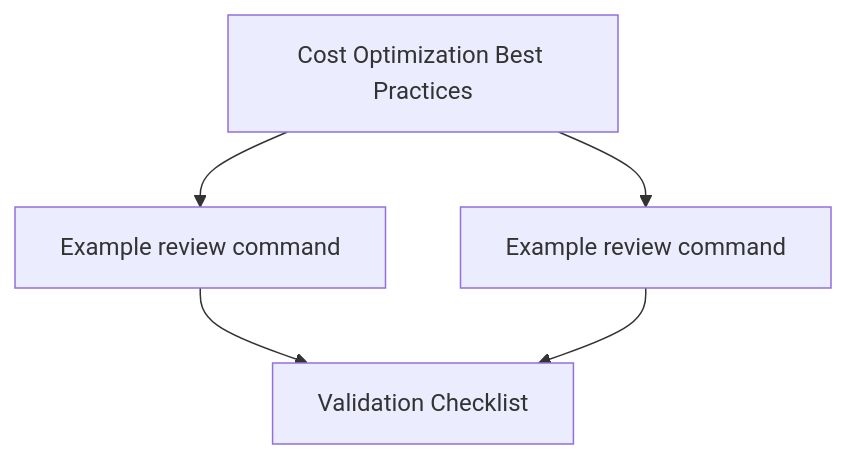
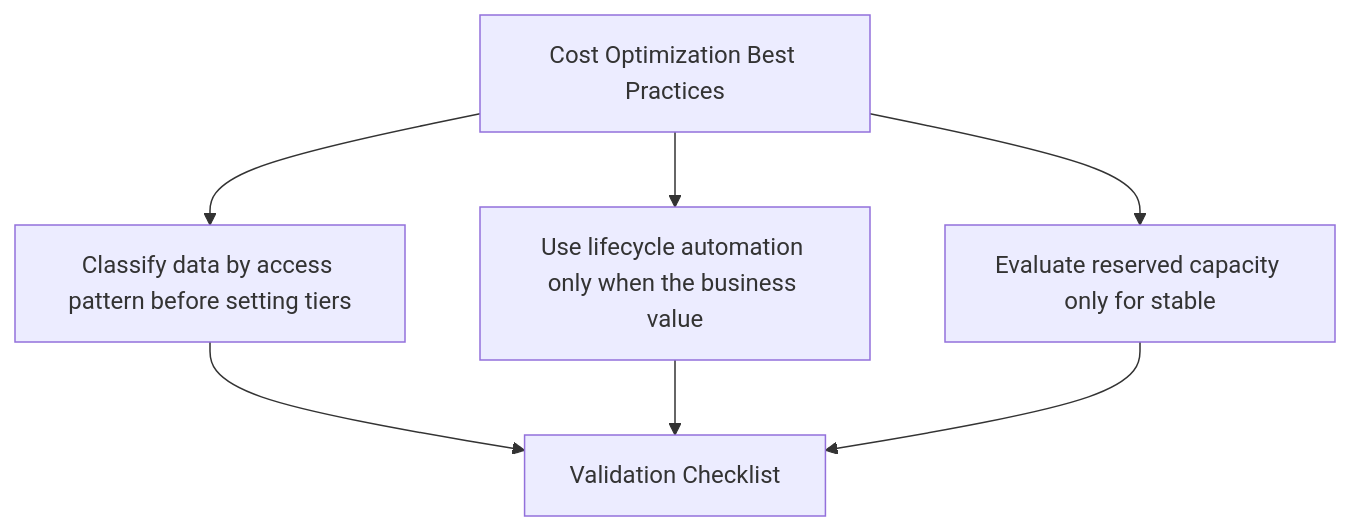
The diagram in docs/best-practices/cost-optimization-best-practices.md (yeongseon/azure-storage-practical-guide), drawn with Mermaid before and after one commit. The commit also changed 9 other files, not shown here.

Commit message:
fix: rebuild remaining BP diagrams from practice bullets with label shortening

````diff
--- a/docs/best-practices/cost-optimization-best-practices.md
+++ b/docs/best-practices/cost-optimization-best-practices.md
@@ -29,11 +29,14 @@
 ```mermaid
 flowchart TD
     T["Cost Optimization Best Practices"]
-    P1["Example review command"]
+    P1["Classify data by access pattern before setting tiers"]
     T --> P1
-    P2["Example review command"]
+    P2["Use lifecycle automation only when the business value"]
     T --> P2
+    P3["Evaluate reserved capacity only for stable"]
+    T --> P3
     V["Validation Checklist"]
     P1 --> V
     P2 --> V
+    P3 --> V
 ```
````
